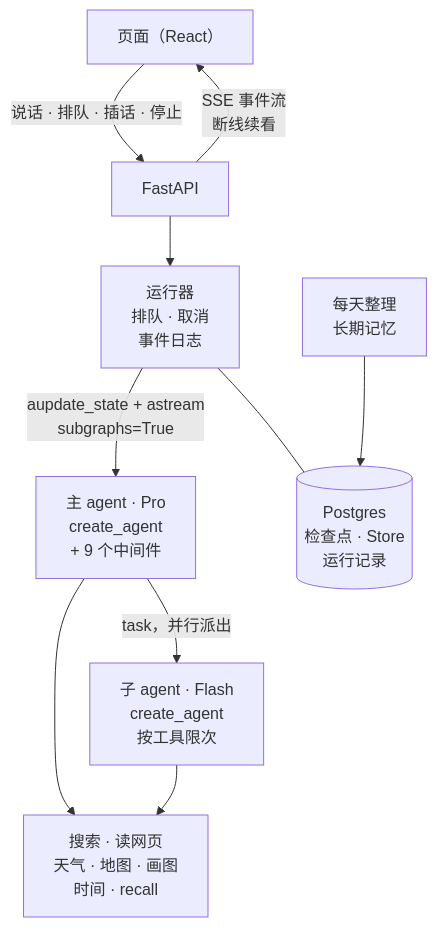
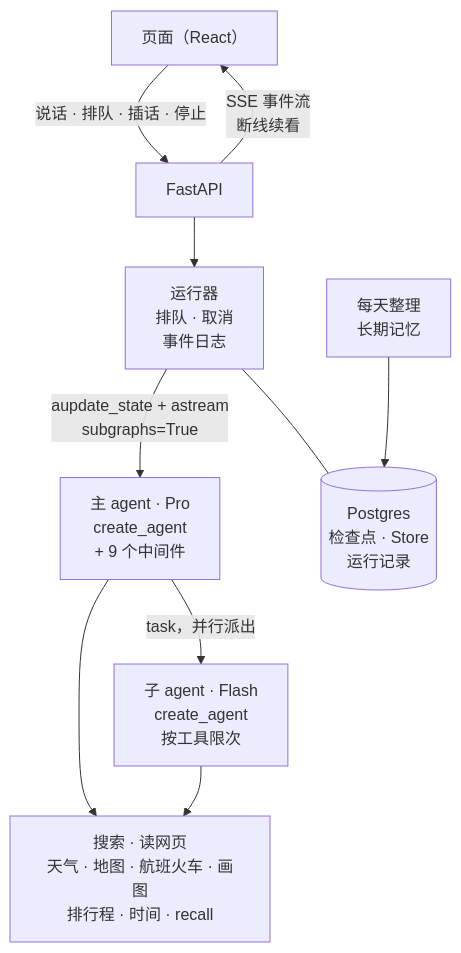
One commit to HyxiaoGe/LingDraft changed the diagram in README.md. Above: the diagram before and after it, drawn with Mermaid. The commit also changed other lines of this file and 15 other files, not shown here.

````diff
--- a/README.md
+++ b/README.md
@@ -11,12 +11,12 @@
 ```mermaid
 flowchart TB
     UI["页面（React）"] -- "说话 · 排队 · 插话 · 停止" --> API["FastAPI"]
     API -- "SSE 事件流<br/>断线续看" --> UI
     API --> Runner["运行器<br/>排队 · 取消<br/>事件日志"]
     Runner -- "aupdate_state + astream<br/>subgraphs=True" --> Main["主 agent · Pro<br/>create_agent<br/>+ 9 个中间件"]
     Main -- "task，并行派出" --> Sub["子 agent · Flash<br/>create_agent<br/>按工具限次"]
-    Main --> Tools["搜索 · 读网页<br/>天气 · 地图 · 画图<br/>时间 · recall"]
+    Main --> Tools["搜索 · 读网页<br/>天气 · 地图 · 航班火车 · 画图<br/>排行程 · 时间 · recall"]
     Sub --> Tools
     Runner --- PG[("Postgres<br/>检查点 · Store<br/>运行记录")]
     Dream["每天整理<br/>长期记忆"] --> PG
 ```
````
